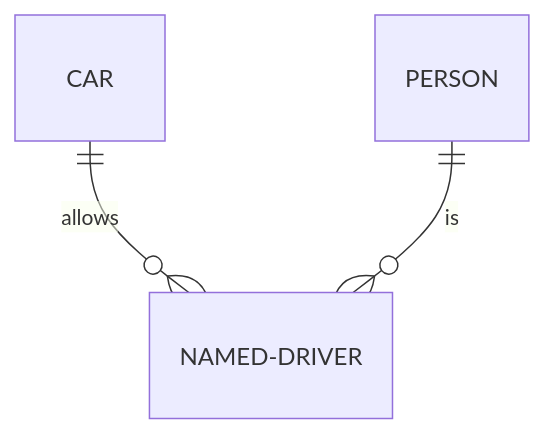
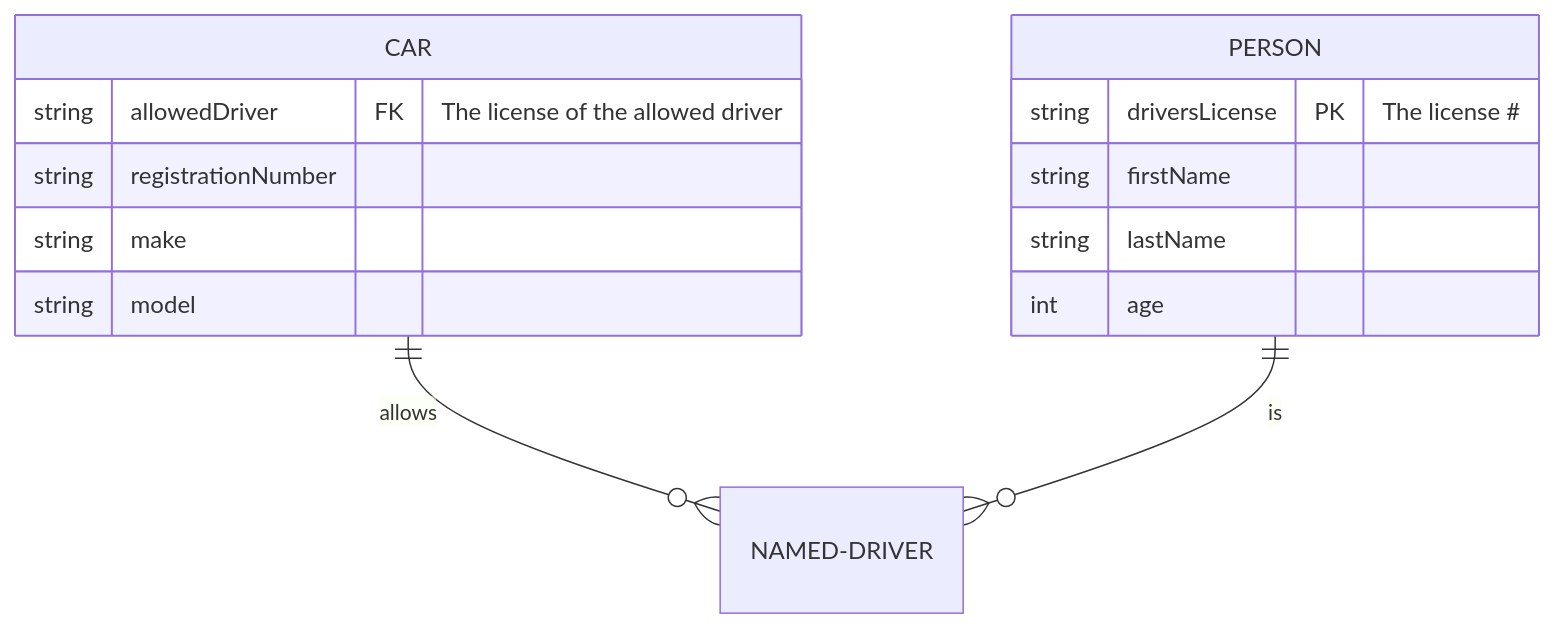
Before and after one commit to DevOpsWithDimas/old.devopswithdimas.github.io: the diagram in _drafts/postgresql/04b-join-tables.markdown, drawn with Mermaid. The commit also changed 5 other files, not shown here.

```diff
--- a/_drafts/postgresql/04b-join-tables.markdown
+++ b/_drafts/postgresql/04b-join-tables.markdown
@@ -30,5 +30,17 @@
 {% mermaid %}
 erDiagram
     CAR ||--o{ NAMED-DRIVER : allows
+    CAR {
+        string allowedDriver FK "The license of the allowed driver"
+        string registrationNumber
+        string make
+        string model
+    }
     PERSON ||--o{ NAMED-DRIVER : is
+    PERSON {
+        string driversLicense PK "The license #"
+        string firstName
+        string lastName
+        int age
+    }
 {% endmermaid %}
```
